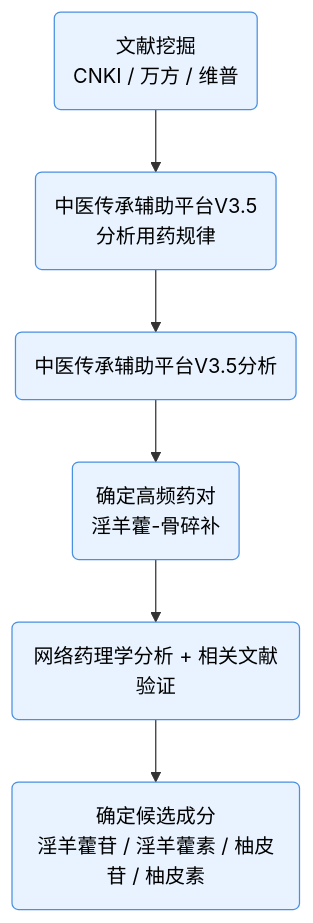
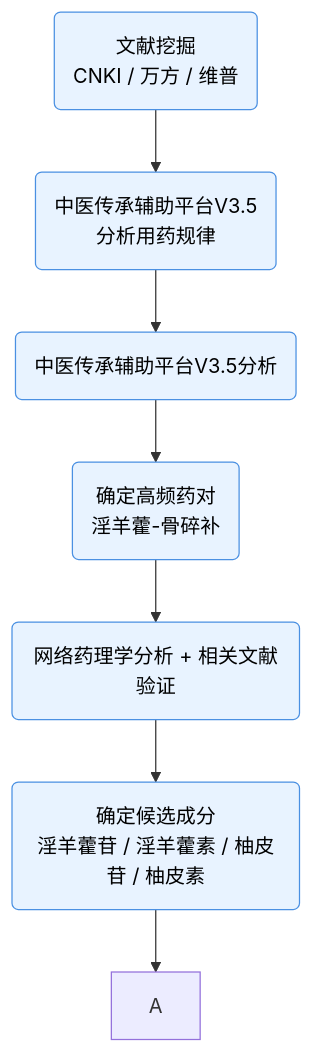
One commit to Yaotian99/iodraw-files changed the diagram in all/未命名-1.md. Above: the diagram before and after it, drawn with Mermaid.

Commit message:
2026-06-24 09:03:19 update

````diff
--- a/all/未命名-1.md
+++ b/all/未命名-1.md
@@ -1,19 +1,19 @@
 ```mermaid
 graph TD
 
 A1(文献挖掘<br/>CNKI / 万方 / 维普) --> A2(中医传承辅助平台V3.5<br/>分析用药规律)
 A2 --> A3(中医传承辅助平台V3.5分析)
 A3 --> A4(确定高频药对<br/>淫羊藿-骨碎补)
 A4 --> A5(网络药理学分析 + 相关文献验证)
 A5 --> A6(确定候选成分<br/>淫羊藿苷 / 淫羊藿素 / 柚皮苷 / 柚皮素)
-A6 
+A6 --> A
 
 classDef basis fill:#E8F3FF,stroke:#4A90E2,stroke-width:1px,color:#000;
 classDef network fill:#EAF8EF,stroke:#43A047,stroke-width:1px,color:#000;
 classDef result fill:#FFECEC,stroke:#E53935,stroke-width:1px,color:#000;
 
 class A1,A2,A3,A4,A5,A6 basis;
 class B1,B2,B3,B4,B5,B6 network;
 class C1,C2,C3 result;
   
 ```
````
